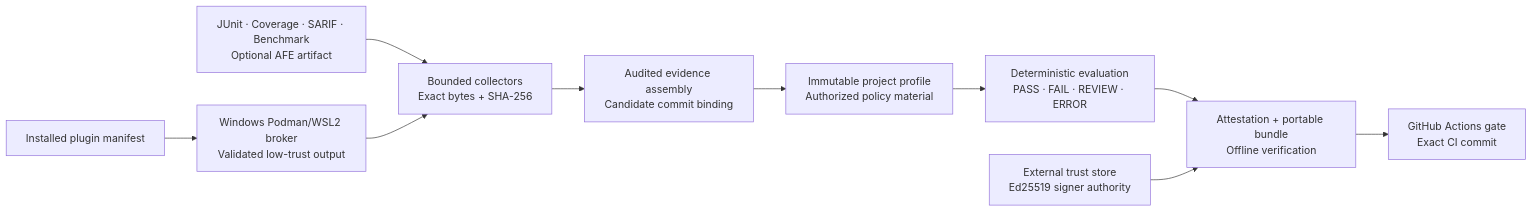
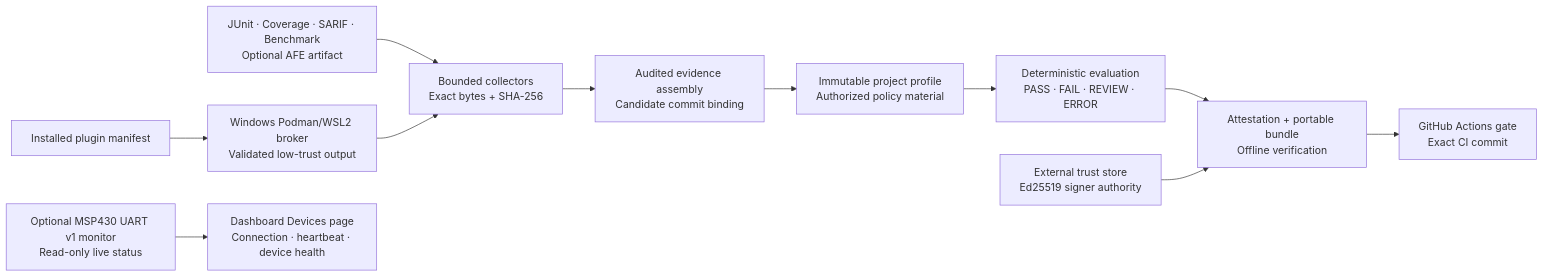
One commit to Carlos-0798/forgegate changed the diagram in README.md. Above: the diagram before and after it, drawn with Mermaid. The commit also changed other lines of this file and 37 other files, not shown here.

Commit message:
feat: add read-only MSP430 live status

````diff
--- a/README.md
+++ b/README.md
@@ -36,17 +41,20 @@
 ```mermaid
 flowchart LR
     A["JUnit · Coverage · SARIF · Benchmark<br/>Optional AFE artifact"]
     B["Bounded collectors<br/>Exact bytes + SHA-256"]
     C["Audited evidence assembly<br/>Candidate commit binding"]
     D["Immutable project profile<br/>Authorized policy material"]
     E["Deterministic evaluation<br/>PASS · FAIL · REVIEW · ERROR"]
     F["Attestation + portable bundle<br/>Offline verification"]
     G["GitHub Actions gate<br/>Exact CI commit"]
     H["External trust store<br/>Ed25519 signer authority"]
     I["Installed plugin manifest"]
     J["Windows Podman/WSL2 broker<br/>Validated low-trust output"]
+    M["Optional MSP430 UART v1 monitor<br/>Read-only live status"]
+    W["Dashboard Devices page<br/>Connection · heartbeat · device health"]
 
     A --> B --> C --> D --> E --> F --> G
     H --> F
     I --> J --> B
+    M --> W
 ```
````
